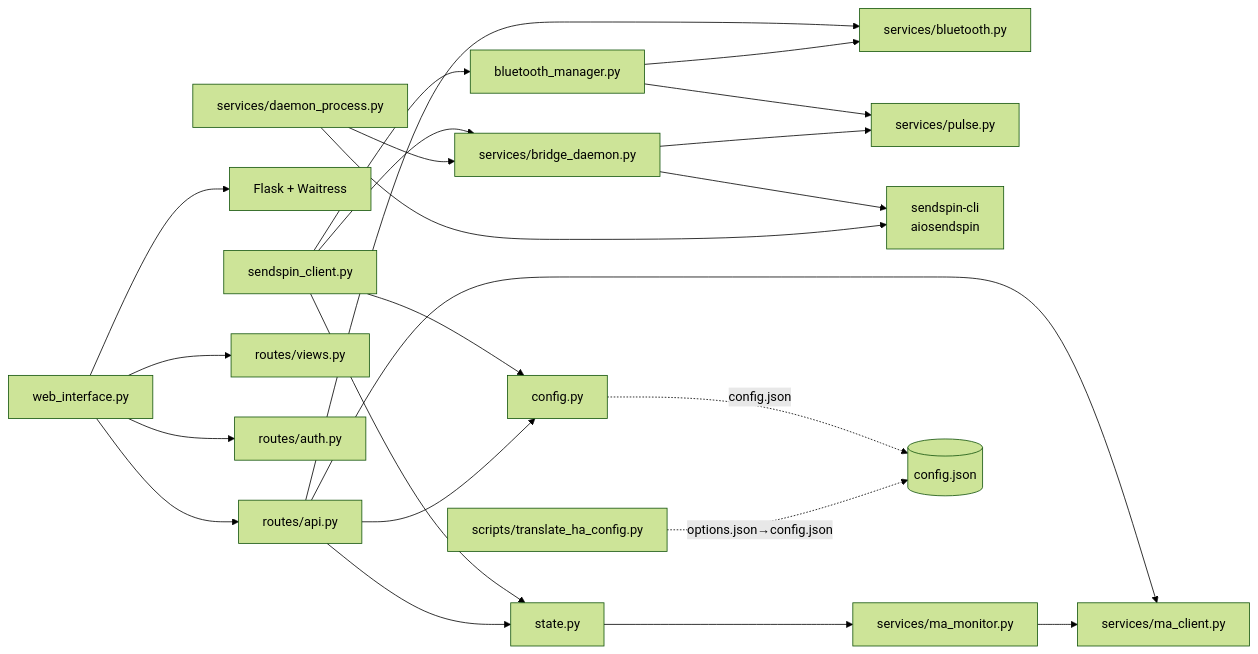
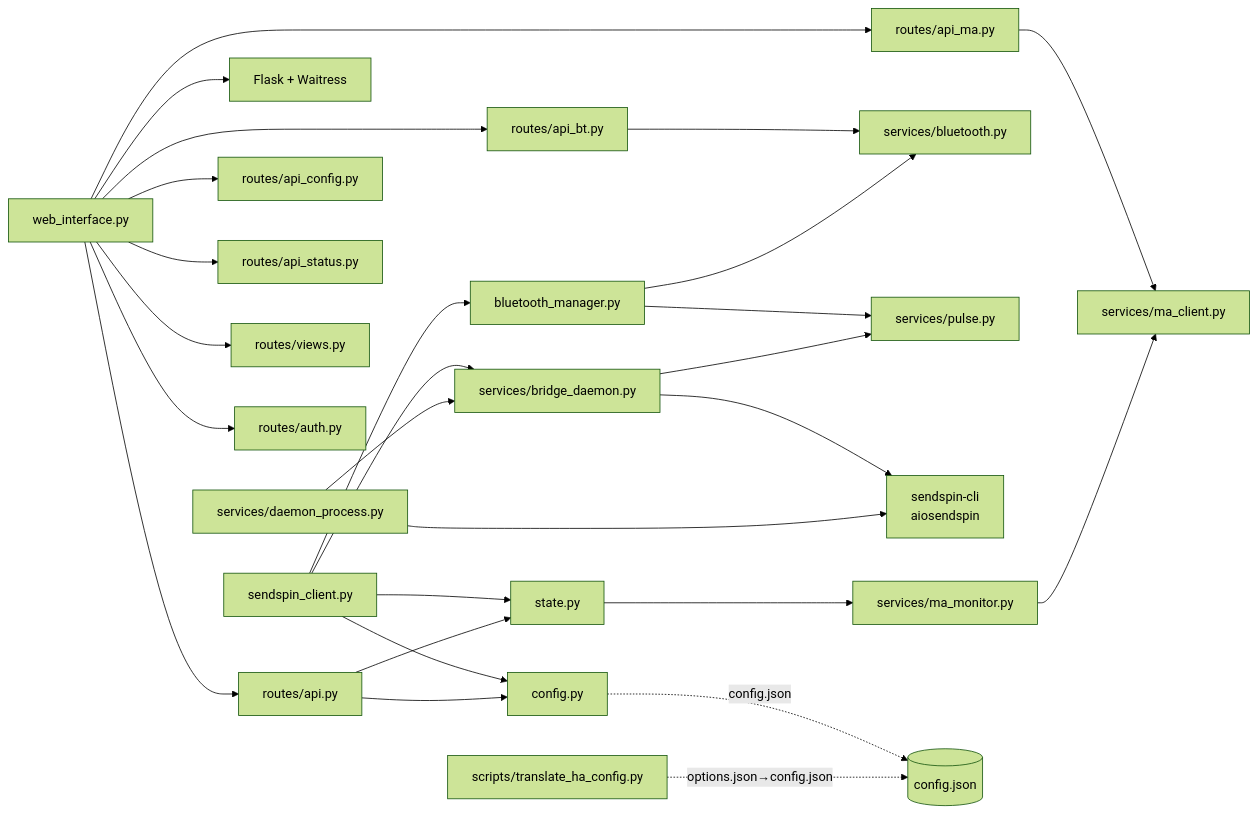
One commit to trudenboy/sendspin-bt-bridge changed diagram 21 of 21 in docs-site/src/content/docs/architecture.md. Above: the diagram before and after it, drawn with Mermaid (forest theme). The commit also changed other lines of this file and 1 other file, not shown here.

First line of the commit message:
docs: update architecture.md for v2.22.2

````diff
--- a/docs-site/src/content/docs/architecture.md
+++ b/docs-site/src/content/docs/architecture.md
@@ -801,32 +835,36 @@
 ```mermaid
 graph LR
     SC[sendspin_client.py] --> BM[bluetooth_manager.py]
     SC --> ST[state.py]
     SC --> CFG[config.py]
     SC --> SVC_BD[services/bridge_daemon.py]
 
     WI[web_interface.py] --> FLASK[Flask + Waitress]
     WI --> R_API[routes/api.py]
+    WI --> R_BT[routes/api_bt.py]
+    WI --> R_MA[routes/api_ma.py]
+    WI --> R_CFG[routes/api_config.py]
+    WI --> R_STS[routes/api_status.py]
     WI --> R_VIEW[routes/views.py]
     WI --> R_AUTH[routes/auth.py]
 
     R_API --> ST
     R_API --> CFG
-    R_API --> SVC_MAC[services/ma_client.py]
-    R_API --> SVC_BT[services/bluetooth.py]
+    R_MA --> SVC_MAC[services/ma_client.py]
+    R_BT --> SVC_BT[services/bluetooth.py]
 
     BM --> SVC_PA[services/pulse.py]
     BM --> SVC_BT
 
     SVC_BD --> SVC_PA
     SVC_BD --> SENDSPIN[sendspin-cli<br/>aiosendspin]
 
     DP[services/daemon_process.py] --> SVC_BD
     DP --> SENDSPIN
 
     ST --> MM[services/ma_monitor.py]
     MM --> SVC_MAC
 
     CFG -.->|config.json| JSON[(config.json)]
     HA_SCRIPT[scripts/translate_ha_config.py] -.->|options.json→config.json| JSON
 ```
````
